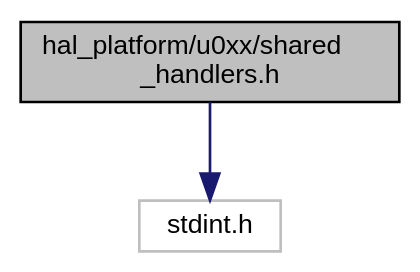
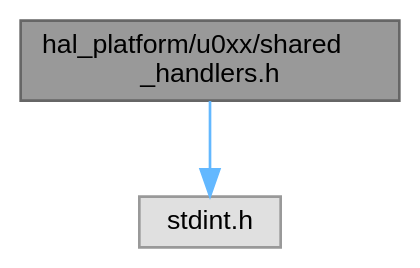
The diagram in u0xx_2shared__handlers_8h__incl.dot (ebs-universe/piolib-hal-uc-stm32), drawn with Graphviz before and after one commit. The commit also changed 1546 other files, not shown here.

```diff
--- a/u0xx_2shared__handlers_8h__incl.dot
+++ b/u0xx_2shared__handlers_8h__incl.dot
@@ -1,11 +1,11 @@
 digraph "hal_platform/u0xx/shared_handlers.h"
 {
  // INTERACTIVE_SVG=YES
  // LATEX_PDF_SIZE
   bgcolor="transparent";
-  edge [fontname="Helvetica",fontsize="10",labelfontname="Helvetica",labelfontsize="10"];
-  node [fontname="Helvetica",fontsize="10",shape=record];
-  Node1 [label="hal_platform/u0xx/shared\l_handlers.h",height=0.2,width=0.4,color="black", fillcolor="grey75", style="filled", fontcolor="black",tooltip=" "];
-  Node1 -> Node2 [color="midnightblue",fontsize="10",style="solid",fontname="Helvetica"];
-  Node2 [label="stdint.h",height=0.2,width=0.4,color="grey75",tooltip=" "];
+  edge [fontname=Helvetica,fontsize=10,labelfontname=Helvetica,labelfontsize=10];
+  node [fontname=Helvetica,fontsize=10,shape=box,height=0.2,width=0.4];
+  Node1 [id="Node000001",label="hal_platform/u0xx/shared\l_handlers.h",height=0.2,width=0.4,color="gray40", fillcolor="grey60", style="filled", fontcolor="black",tooltip=" "];
+  Node1 -> Node2 [id="edge1_Node000001_Node000002",color="steelblue1",style="solid",tooltip=" "];
+  Node2 [id="Node000002",label="stdint.h",height=0.2,width=0.4,color="grey60", fillcolor="#E0E0E0", style="filled",tooltip=" "];
 }
```
